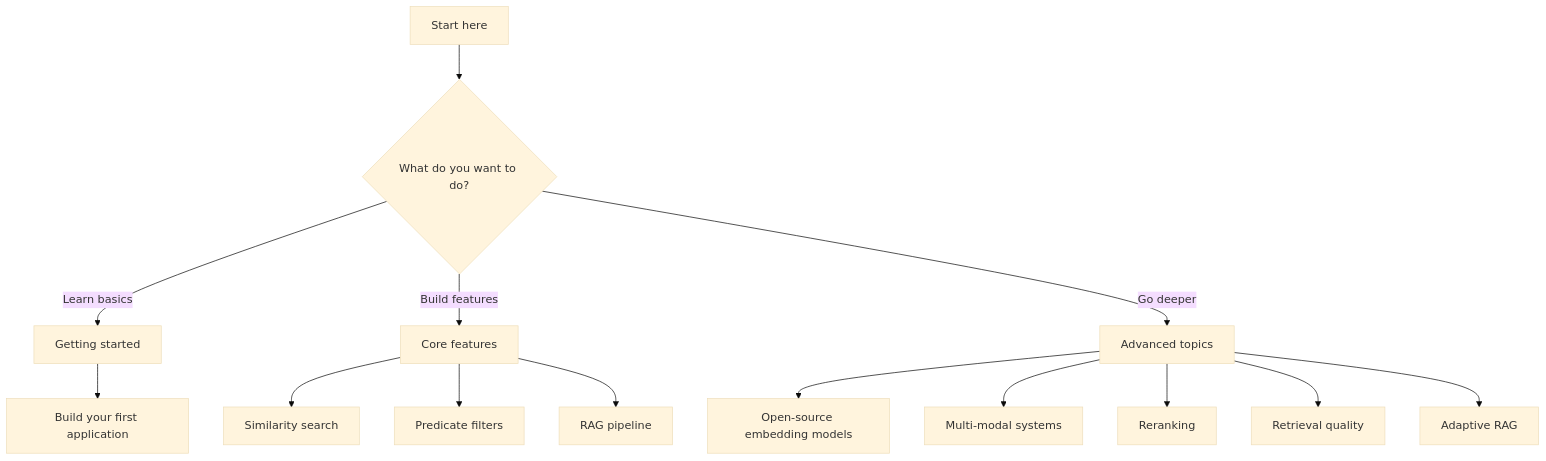
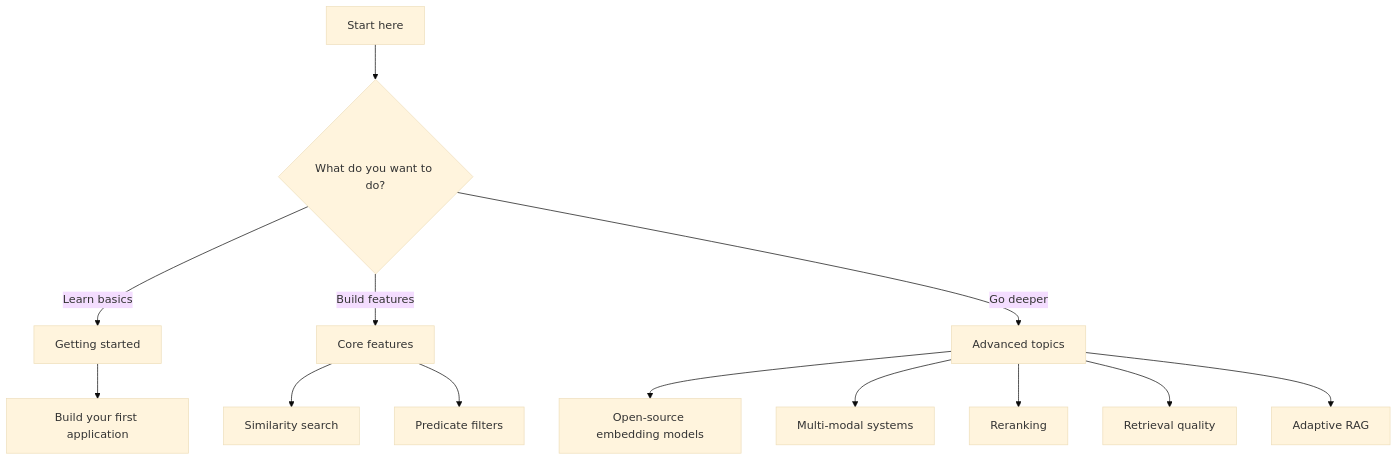
The diagram in academy/tutorials/index.mdx (ActianCorp/vectorai-db-docs), drawn with Mermaid (base theme) before and after one commit. The commit also changed other lines of this file and 43 other files, not shown here.

````diff
--- a/academy/tutorials/index.mdx
+++ b/academy/tutorials/index.mdx
@@ -12,20 +12,19 @@
 ```mermaid
 flowchart TD
     Start[Start here] --> Q{What do you want to do?}
 
     Q --> |Learn basics| GS[Getting started]
     Q --> |Build features| Core[Core features]
     Q --> |Go deeper| Adv[Advanced topics]
 
     GS --> App[Build your first application]
 
     Core --> Search[Similarity search]
     Core --> Filters[Predicate filters]
-    Core --> RAG[RAG pipeline]
 
     Adv --> Embed[Open-source embedding models]
     Adv --> Multi[Multi-modal systems]
     Adv --> Rerank[Reranking]
     Adv --> Quality[Retrieval quality]
     Adv --> Adaptive[Adaptive RAG]
 ```
````
